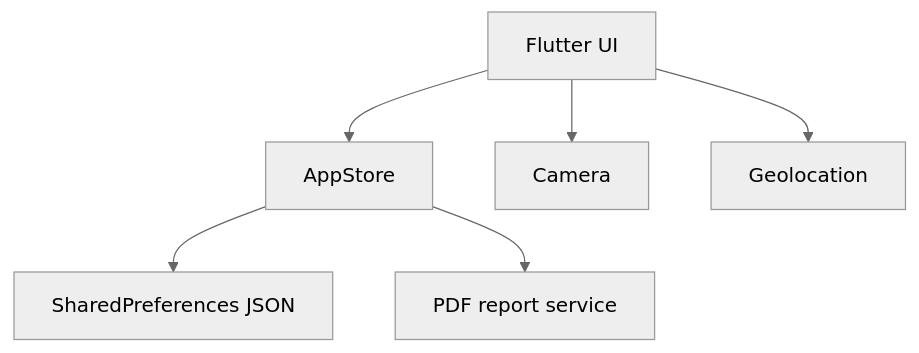
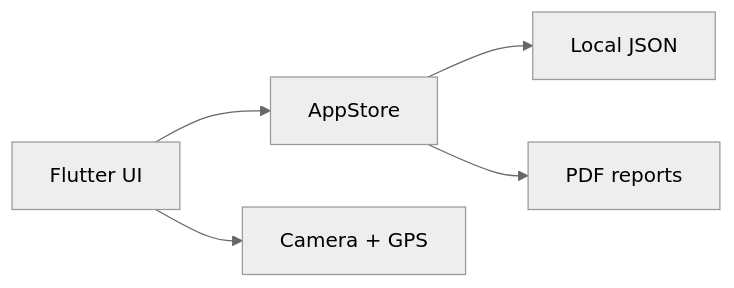
Before and after one commit to ahvi27/ecoaudit: the diagram in README.md, drawn with Mermaid (neutral theme). The commit also changed other lines of this file, not shown here.

````diff
--- a/README.md
+++ b/README.md
@@ -65,8 +60,7 @@
 ```mermaid
-flowchart TD
+flowchart LR
   UI[Flutter UI] --> Store[AppStore]
-  Store --> Local[SharedPreferences JSON]
-  UI --> Camera[Camera]
-  UI --> GPS[Geolocation]
-  Store --> Reports[PDF report service]
+  Store --> Local[Local JSON]
+  UI --> Evidence[Camera + GPS]
+  Store --> Report[PDF reports]
 ```
````
